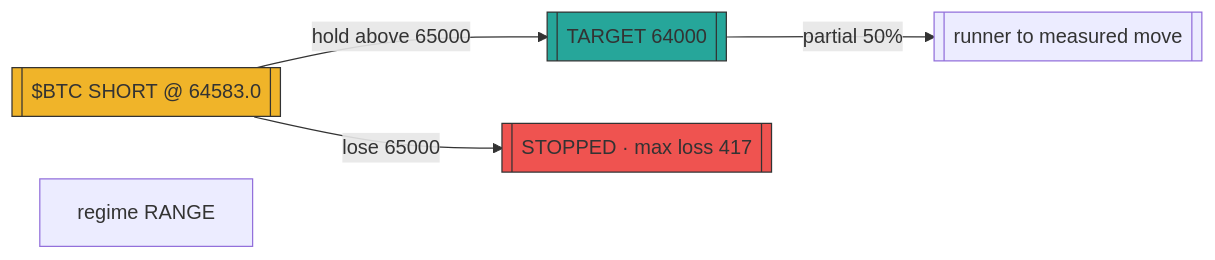
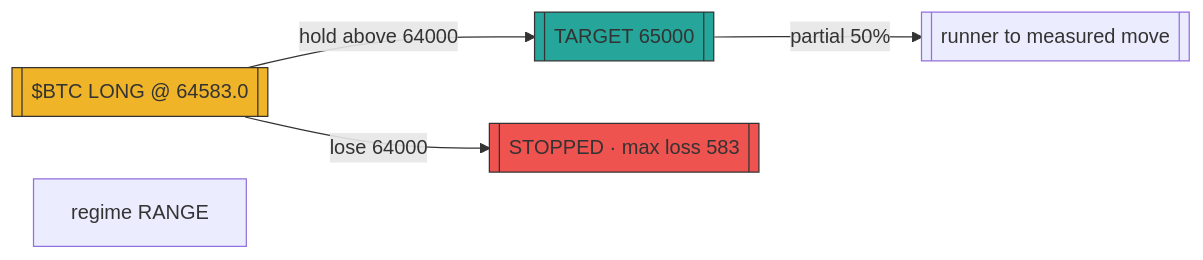
One commit to prx0r/BEAR changed the diagram in astronomer/data/proveout_posts_astronomer_zero/2065970359166493112.mmd. Above: the diagram before and after it, drawn with Mermaid. The commit also changed 586 other files, not shown here.

```diff
--- a/astronomer/data/proveout_posts_astronomer_zero/2065970359166493112.mmd
+++ b/astronomer/data/proveout_posts_astronomer_zero/2065970359166493112.mmd
@@ -1,9 +1,9 @@
 flowchart LR
-    sig[["$BTC SHORT @ 64583.0"]]
-    sig -->|"hold above 65000"| tgt[["TARGET 64000"]]
-    sig -->|"lose 65000"| stp[["STOPPED · max loss 417"]]
+    sig[["$BTC LONG @ 64583.0"]]
+    sig -->|"hold above 64000"| tgt[["TARGET 65000"]]
+    sig -->|"lose 64000"| stp[["STOPPED · max loss 583"]]
     tgt -->|"partial 50%"| t2[["runner to measured move"]]
     style sig fill:#f0b429,stroke:#333
     style tgt fill:#26a69a,stroke:#333
     style stp fill:#ef5350,stroke:#333
     sub["regime RANGE" ]
```
